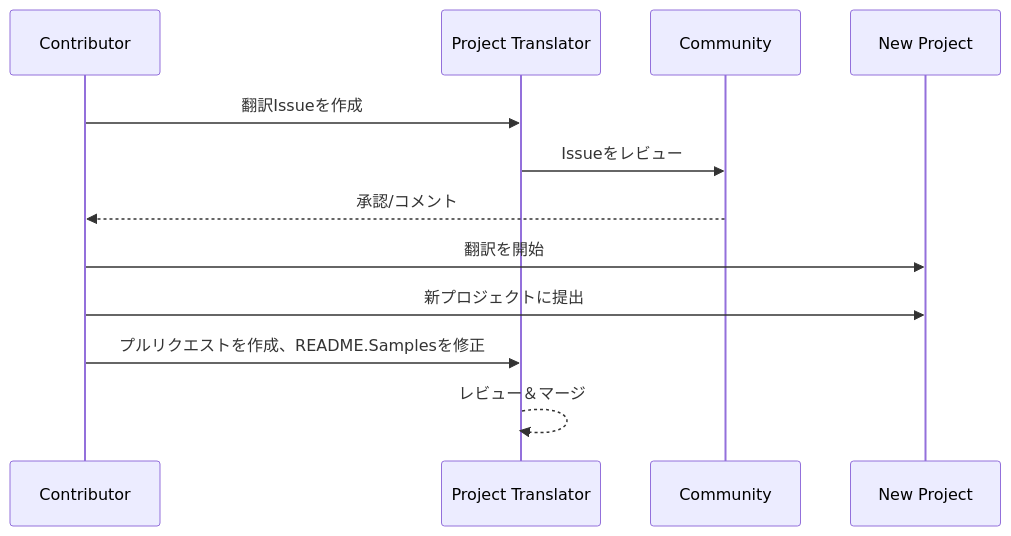
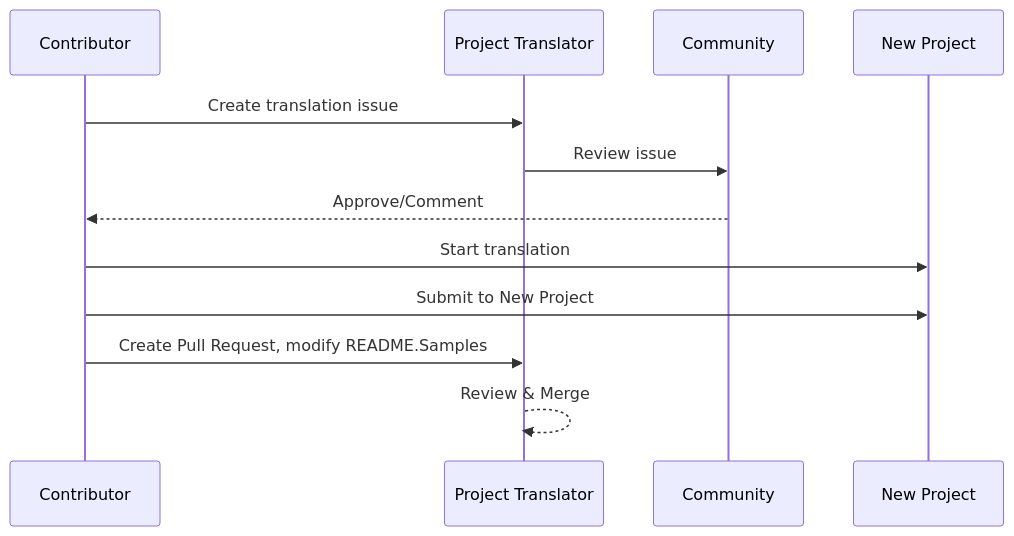
The diagram in readmes/README.ja-jp.md (Project-Translation/project_translator), drawn with Mermaid before and after one commit. The commit also changed other lines of this file and 73 other files, not shown here.

First line of the commit message:
feat: Update translation project configuration and localization files

````diff
--- a/readmes/README.ja-jp.md
+++ b/readmes/README.ja-jp.md
@@ -51,10 +50,10 @@
 ```mermaid
 sequenceDiagram
-  Contributor->>Project Translator: 翻訳Issueを作成
-  Project Translator->>Community: Issueをレビュー
-  Community-->>Contributor: 承認/コメント
-  Contributor->>New Project: 翻訳を開始
-  Contributor->>New Project: 新プロジェクトに提出
-  Contributor->>Project Translator: プルリクエストを作成、README.Samplesを修正
-  Project Translator-->>Project Translator: レビュー＆マージ
+  Contributor->>Project Translator: Create translation issue
+  Project Translator->>Community: Review issue
+  Community-->>Contributor: Approve/Comment
+  Contributor->>New Project: Start translation
+  Contributor->>New Project: Submit to New Project
+  Contributor->>Project Translator: Create Pull Request, modify README.Samples
+  Project Translator-->>Project Translator: Review & Merge
 ```
````
